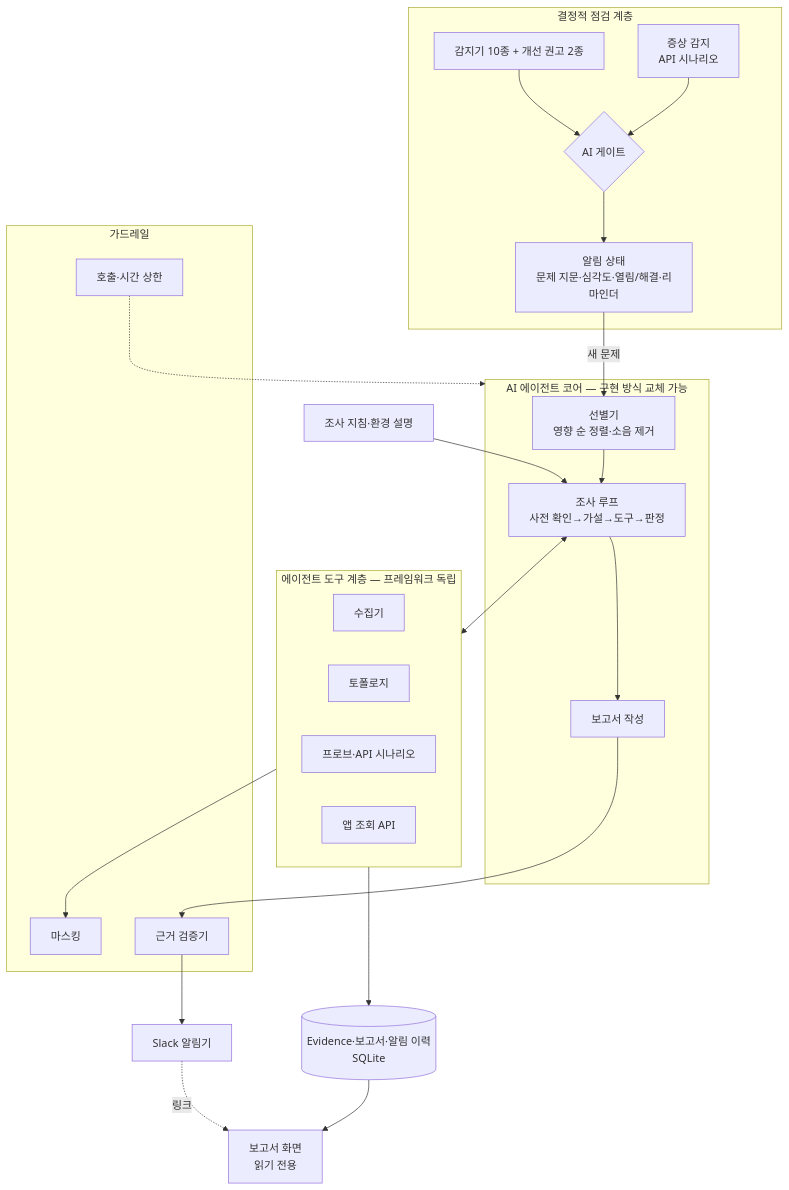
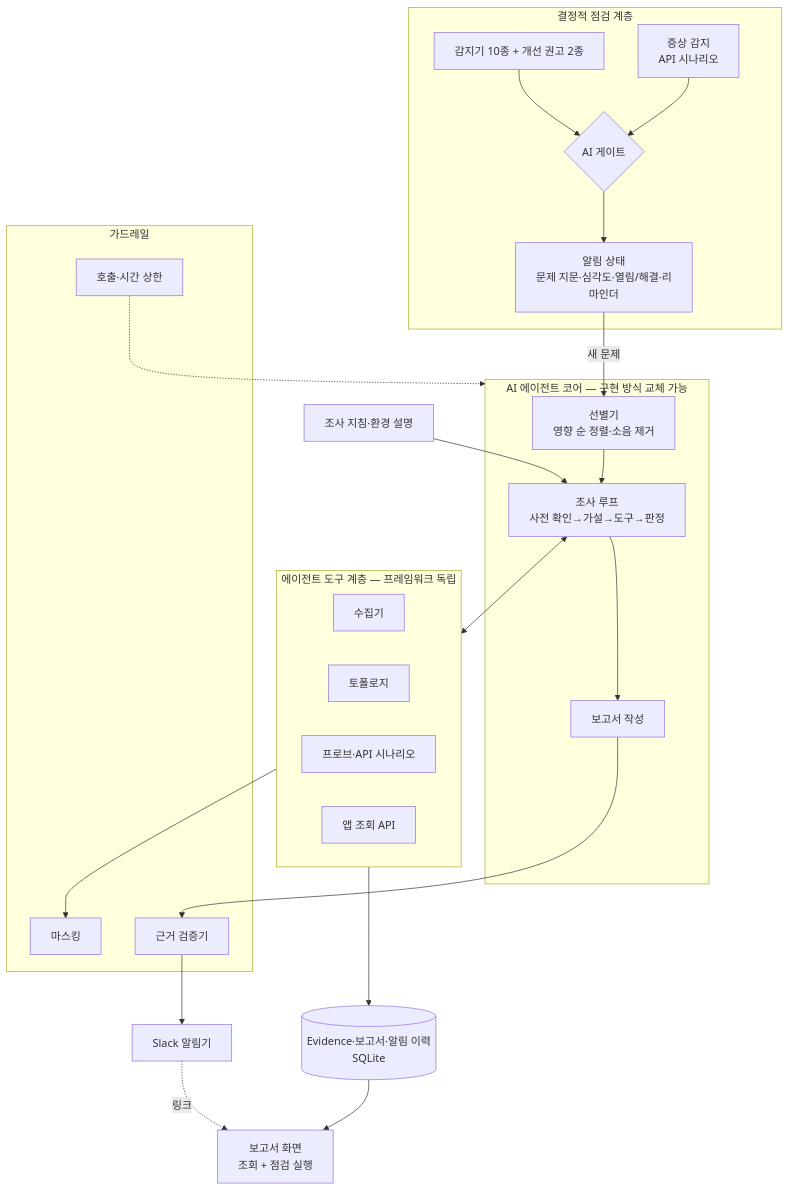
The third of 3 diagrams in docs/01-project-proposal.md (skax-jihyeryu/KubeGuardian), drawn with Mermaid before and after one commit. The commit also changed other lines of this file and 10 other files, not shown here.

````diff
--- a/docs/01-project-proposal.md
+++ b/docs/01-project-proposal.md
@@ -227,37 +228,37 @@
 ```mermaid
 flowchart TB
     subgraph Det[결정적 점검 계층]
         Rules[감지기 10종 + 개선 권고 2종]
         Sym[증상 감지<br/>API 시나리오]
         Gate{AI 게이트}
         Alert[알림 상태<br/>문제 지문·심각도·열림/해결·리마인더]
         Rules --> Gate
         Sym --> Gate
         Gate --> Alert
     end
     subgraph Agent[AI 에이전트 코어 — 구현 방식 교체 가능]
         Triage[선별기<br/>영향 순 정렬·소음 제거]
         Inv[조사 루프<br/>사전 확인→가설→도구→판정]
         Writer[보고서 작성]
     end
     subgraph Tools[에이전트 도구 계층 — 프레임워크 독립]
         Col[수집기]
         Topo[토폴로지]
         Probe[프로브·API 시나리오]
         App[앱 조회 API]
     end
     subgraph Guard[가드레일]
         Mask[마스킹]
         Val[근거 검증기]
         Bud[호출·시간 상한]
     end
     Alert -->|새 문제| Triage --> Inv --> Writer
     Inv <--> Tools
     RB[조사 지침·환경 설명] --> Inv
     Tools --> Mask
     Writer --> Val --> Notify[Slack 알림기]
     Bud -.-> Agent
     Tools --> Store[(Evidence·보고서·알림 이력<br/>SQLite)]
-    Store --> Screen[보고서 화면<br/>읽기 전용]
+    Store --> Screen[보고서 화면<br/>조회 + 점검 실행]
     Notify -. 링크 .-> Screen
 ```
````
